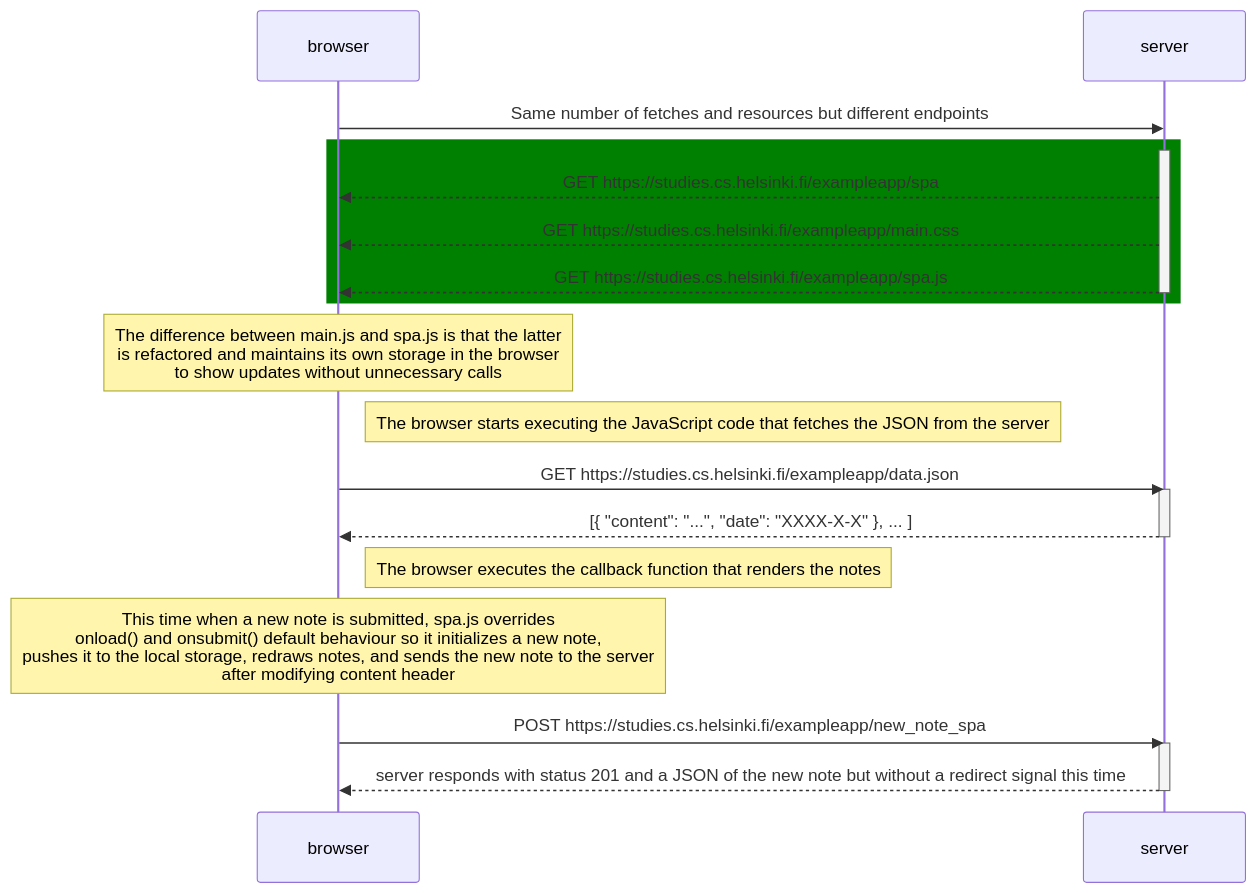
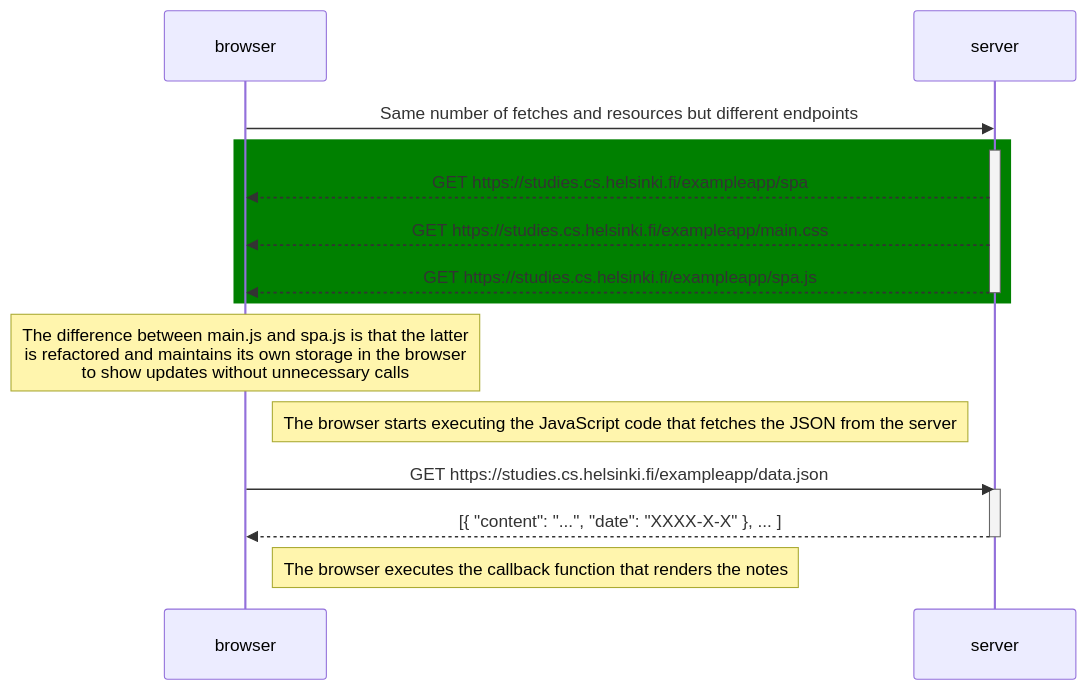
One commit to WindOfXaos/fullstackopen changed the diagram in part0/spa.md. Above: the diagram before and after it, drawn with Mermaid.

````diff
--- a/part0/spa.md
+++ b/part0/spa.md
@@ -1,30 +1,24 @@
 ```mermaid
 sequenceDiagram
     participant browser
     participant server
 
     browser->>server: Same number of fetches and resources but different endpoints
     rect green
         activate server
         server-->>browser: GET https://studies.cs.helsinki.fi/exampleapp/spa
         server-->>browser: GET https://studies.cs.helsinki.fi/exampleapp/main.css
         server-->>browser: GET https://studies.cs.helsinki.fi/exampleapp/spa.js
         deactivate server
     end
     Note over browser: The difference between main.js and spa.js is that the latter<br>is refactored and maintains its own storage in the browser<br>to show updates without unnecessary calls
 
     Note right of browser: The browser starts executing the JavaScript code that fetches the JSON from the server
 
     browser->>server: GET https://studies.cs.helsinki.fi/exampleapp/data.json
     activate server
     server-->>browser: [{ "content": "...", "date": "XXXX-X-X" }, ... ]
     deactivate server
 
     Note right of browser: The browser executes the callback function that renders the notes
-
-    Note over browser: This time when a new note is submitted, spa.js overrides<br>onload() and onsubmit() default behaviour so it initializes a new note, <br>pushes it to the local storage, redraws notes, and sends the new note to the server <br>after modifying content header
-    browser->>server: POST https://studies.cs.helsinki.fi/exampleapp/new_note_spa
-    activate server
-    server-->>browser: server responds with status 201 and a JSON of the new note but without a redirect signal this time
-    deactivate server
 ```
````
